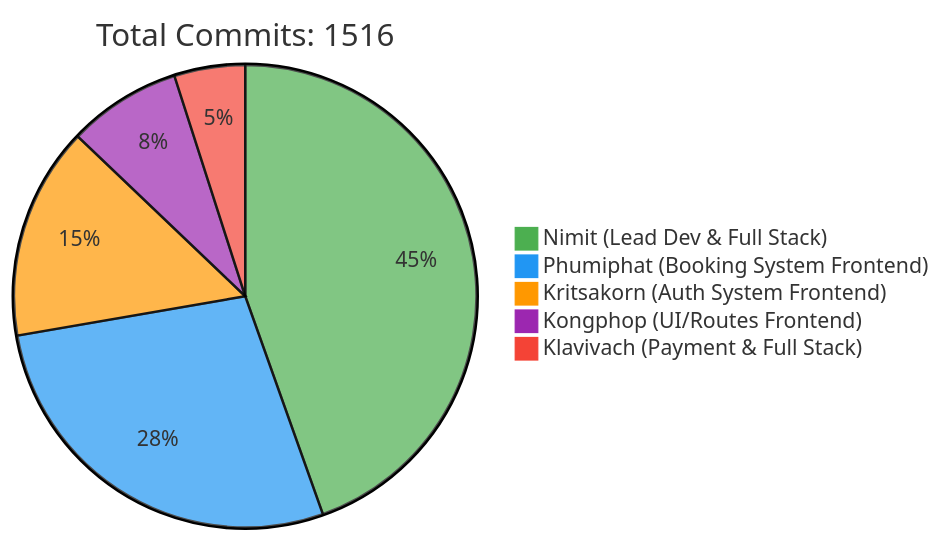
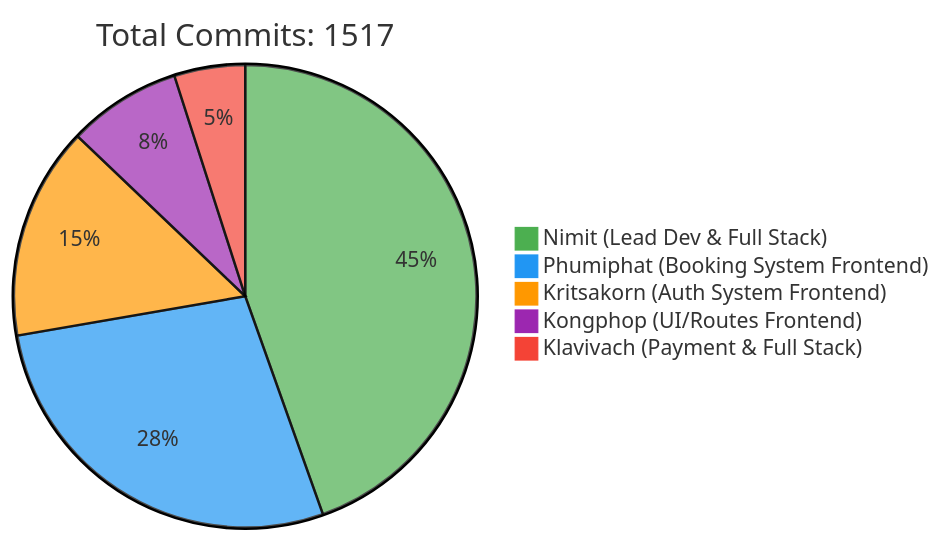
Before and after one commit to 6531503042/Sport-Complex: the first of 2 diagrams in README.md, drawn with Mermaid. The commit also changed other lines of this file, not shown here.

Commit message:
docs: Update contributor statistics [skip ci]

````diff
--- a/README.md
+++ b/README.md
@@ -257,10 +257,10 @@
 ```mermaid
 %%{init: {'theme': 'base', 'themeVariables': { 'pie1': '#4CAF50', 'pie2': '#2196F3', 'pie3': '#FF9800', 'pie4': '#9C27B0', 'pie5': '#F44336'}}}%%
 pie
-    title Total Commits: 1516
+    title Total Commits: 1517
     "Nimit (Lead Dev & Full Stack)" : 450
     "Phumiphat (Booking System Frontend)" : 280
     "Kritsakorn (Auth System Frontend)" : 150
     "Kongphop (UI/Routes Frontend)" : 80
     "Klavivach (Payment & Full Stack)" : 50
 ```
````
